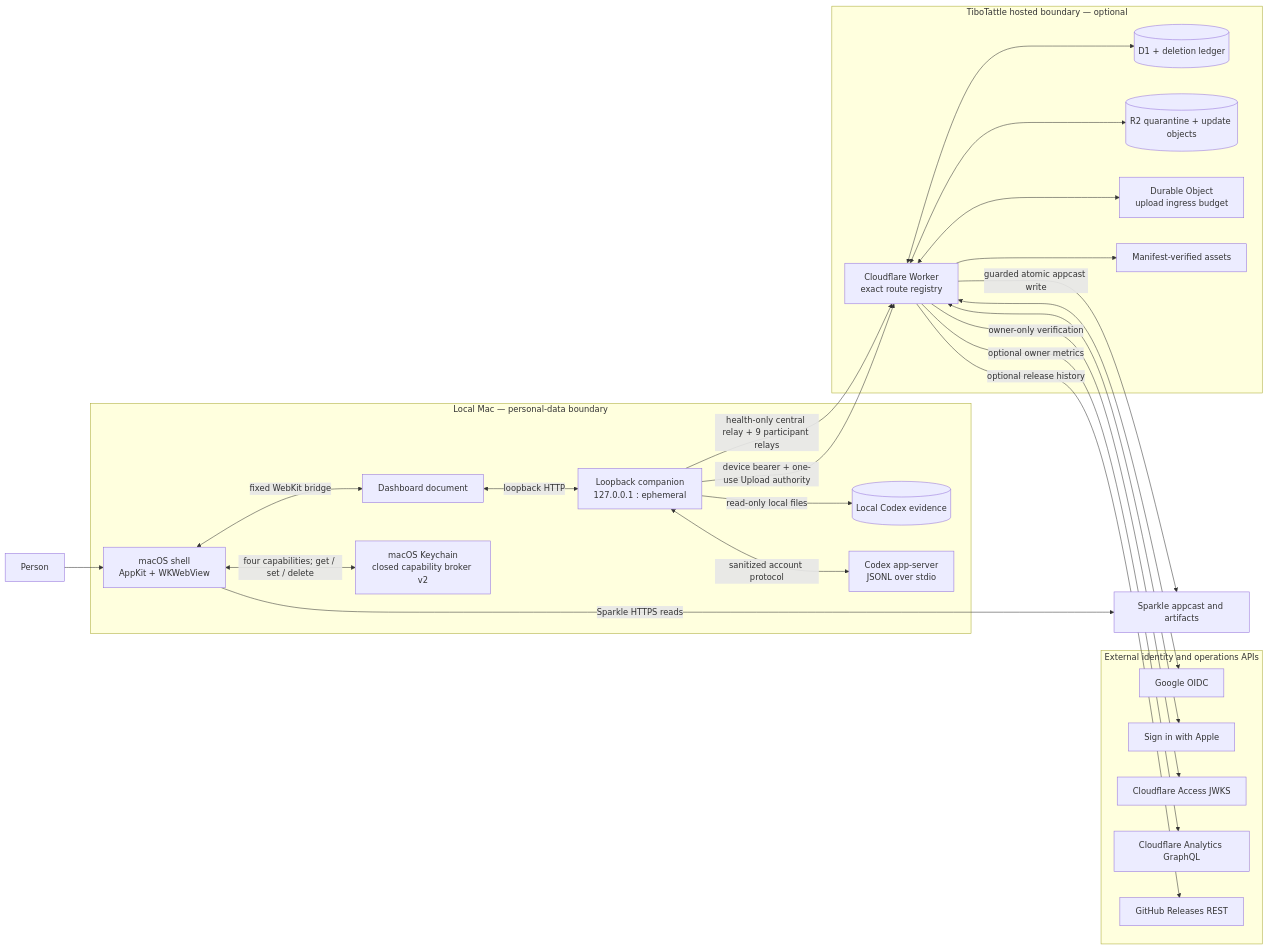
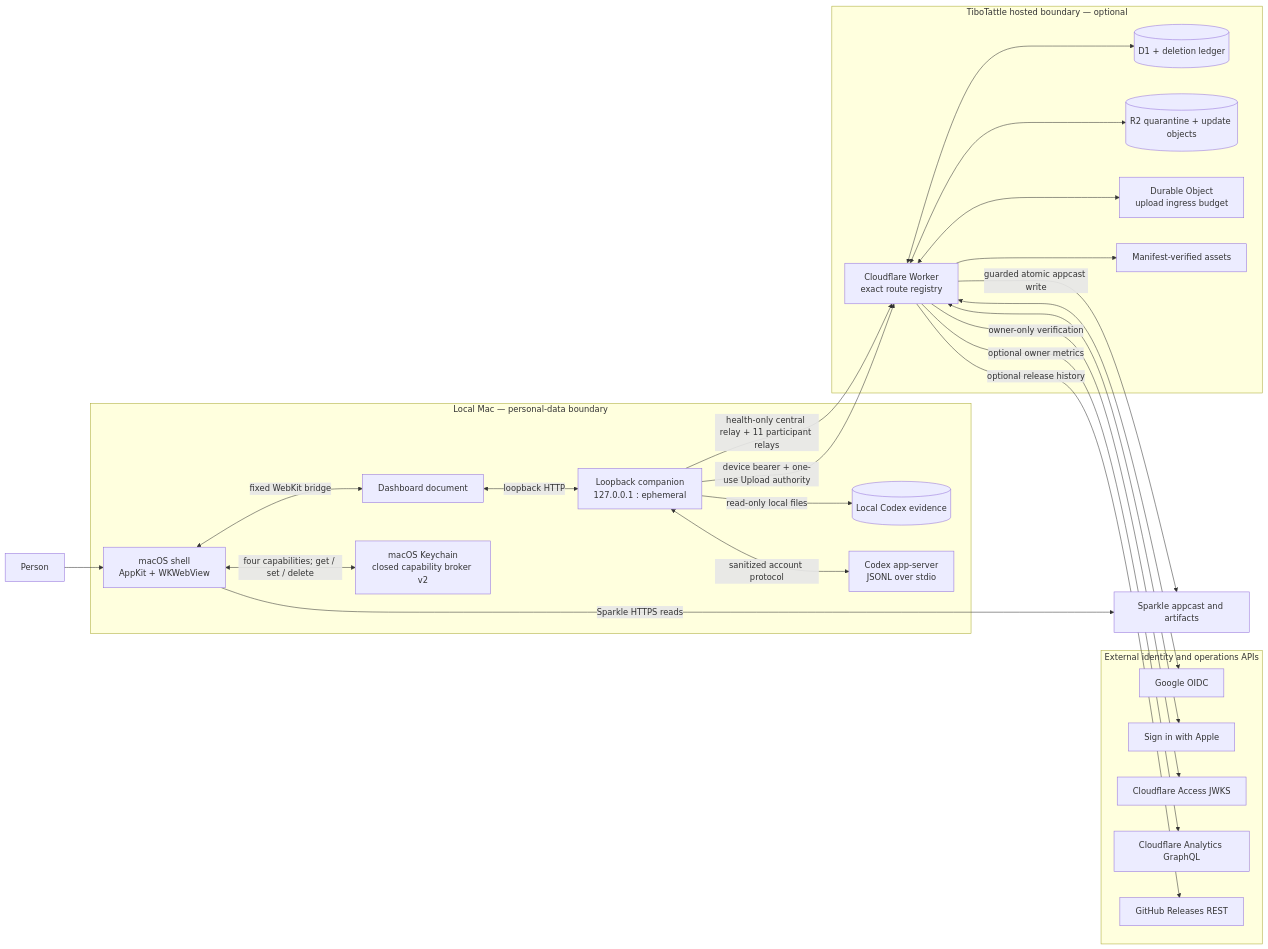
The first of 2 diagrams in docs/reference/2026-08-26-api-surface-reference.md (adamallcock/tibotattle), drawn with Mermaid before and after one commit. The commit also changed other lines of this file and 215 other files, not shown here.

````diff
--- a/docs/reference/2026-08-26-api-surface-reference.md
+++ b/docs/reference/2026-08-26-api-surface-reference.md
@@ -60,51 +60,51 @@
 ```mermaid
 flowchart LR
   Person[Person]
 
   subgraph Mac[Local Mac — personal-data boundary]
     Native[macOS shell<br/>AppKit + WKWebView]
     Web[Dashboard document]
     Local[Loopback companion<br/>127.0.0.1 : ephemeral]
     Evidence[(Local Codex evidence)]
     Codex[Codex app-server<br/>JSONL over stdio]
     Keychain[macOS Keychain<br/>closed capability broker v2]
   end
 
   subgraph Cloudflare[TiboTattle hosted boundary — optional]
     Worker[Cloudflare Worker<br/>exact route registry]
     Data[(D1 + deletion ledger)]
     Objects[(R2 quarantine + update objects)]
     Budget[Durable Object<br/>upload ingress budget]
     Assets[Manifest-verified assets]
   end
 
   subgraph Providers[External identity and operations APIs]
     Google[Google OIDC]
     Apple[Sign in with Apple]
     Access[Cloudflare Access JWKS]
     Analytics[Cloudflare Analytics GraphQL]
     GitHub[GitHub Releases REST]
   end
 
   Updates[Sparkle appcast and artifacts]
 
   Person --> Native
   Native <--> |fixed WebKit bridge| Web
   Web <--> |loopback HTTP| Local
   Local --> |read-only local files| Evidence
   Local <--> |sanitized account protocol| Codex
   Native <--> |four capabilities; get / set / delete| Keychain
-  Local --> |health-only central relay + 9 participant relays| Worker
+  Local --> |health-only central relay + 11 participant relays| Worker
   Local --> |device bearer + one-use Upload authority| Worker
   Worker <--> Data
   Worker <--> Objects
   Worker <--> Budget
   Worker --> Assets
   Worker <--> Google
   Worker <--> Apple
   Worker --> |owner-only verification| Access
   Worker --> |optional owner metrics| Analytics
   Worker --> |optional release history| GitHub
   Native --> |Sparkle HTTPS reads| Updates
   Worker --> |guarded atomic appcast write| Updates
 ```
````
